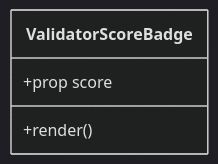
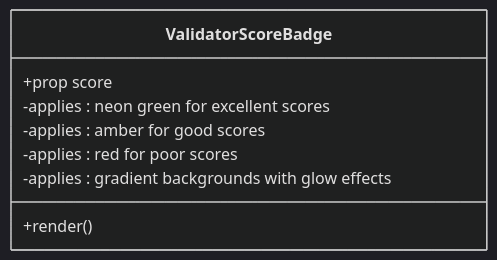
Before and after one commit to RunTimeAdmin/InfraWatch: diagram 18 of 19 in .qoder/repowiki/en/content/Frontend Architecture/Component Architecture.md, drawn with Mermaid (dark theme). The commit also changed other lines of this file and 12 other files, not shown here.

````diff
--- a/.qoder/repowiki/en/content/Frontend Architecture/Component Architecture.md
+++ b/.qoder/repowiki/en/content/Frontend Architecture/Component Architecture.md
@@ -533,7 +588,11 @@
 ```mermaid
 classDiagram
 class ValidatorScoreBadge {
 +prop score
 +render()
+-applies : neon green for excellent scores
+-applies : amber for good scores
+-applies : red for poor scores
+-applies : gradient backgrounds with glow effects
 }
 ```
````
